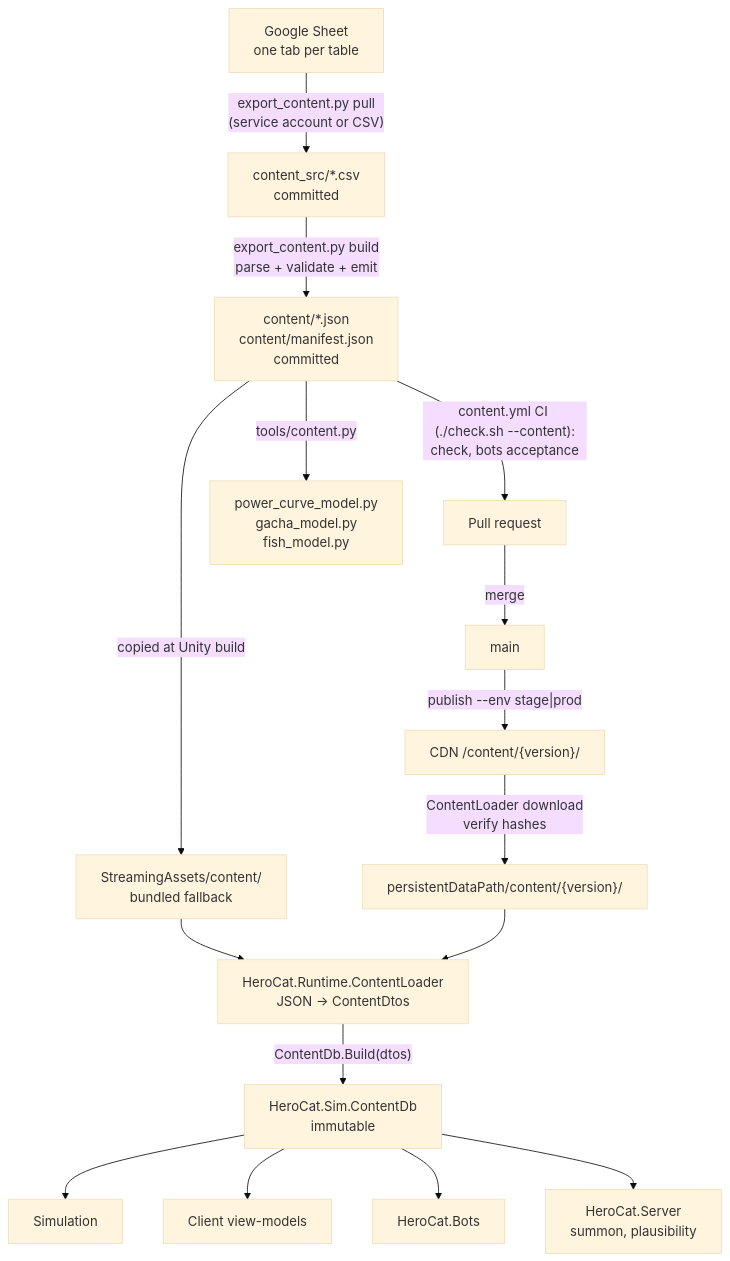
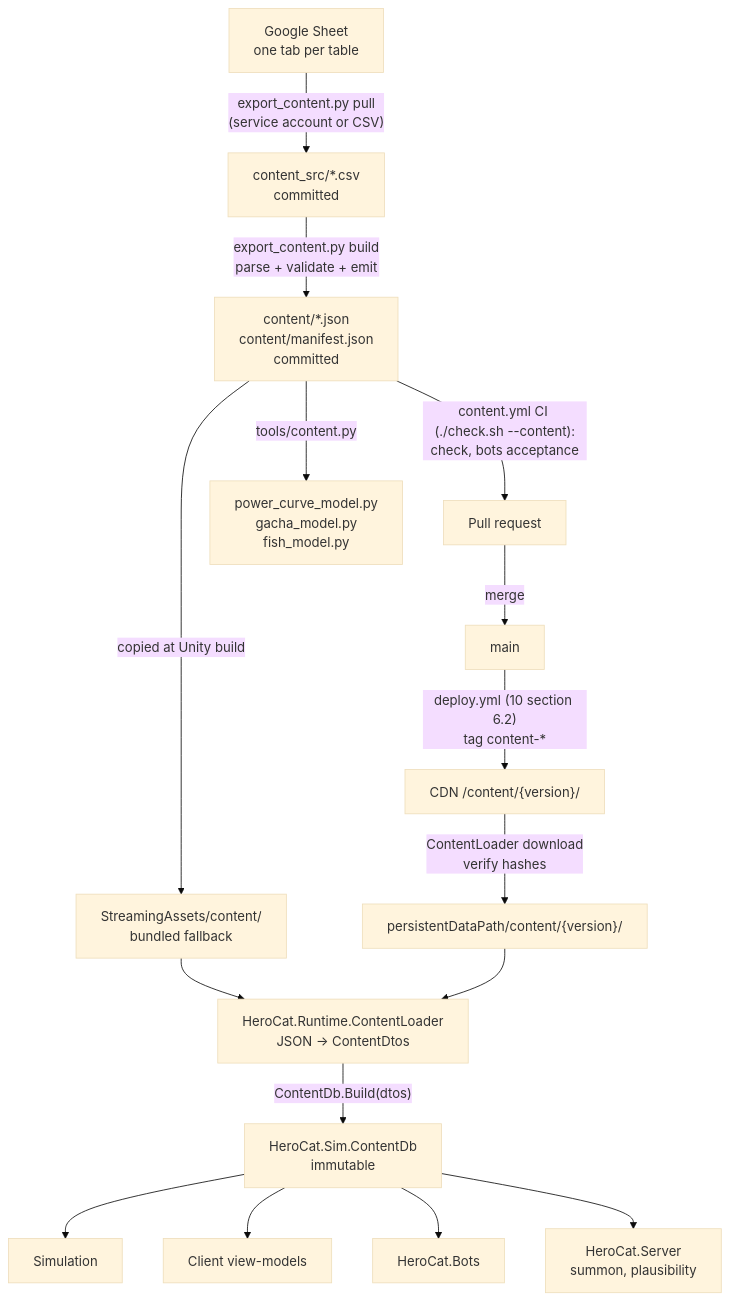
One commit to kjew2/herocat changed the first of 2 diagrams in specs/09-content-data-pipeline.md. Above: the diagram before and after it, drawn with Mermaid (base theme). The commit also changed other lines of this file and 10 other files, not shown here.

````diff
--- a/specs/09-content-data-pipeline.md
+++ b/specs/09-content-data-pipeline.md
@@ -20,18 +20,18 @@
 ```mermaid
 flowchart TD
     Sheet["Google Sheet<br/>one tab per table"] -->|"export_content.py pull<br/>(service account or CSV)"| CSV["content_src/*.csv<br/>committed"]
     CSV -->|"export_content.py build<br/>parse + validate + emit"| JSON["content/*.json<br/>content/manifest.json<br/>committed"]
     JSON -->|"content.yml CI (./check.sh --content):<br/>check, bots acceptance"| PR["Pull request"]
     PR -->|"merge"| Main["main"]
-    Main -->|"publish --env stage|prod"| CDN["CDN /content/{version}/"]
+    Main -->|"deploy.yml (10 section 6.2)<br/>tag content-*"| CDN["CDN /content/{version}/"]
     JSON -->|"copied at Unity build"| SA["StreamingAssets/content/<br/>bundled fallback"]
     CDN -->|"ContentLoader download<br/>verify hashes"| Cache["persistentDataPath/content/{version}/"]
     SA --> Loader["HeroCat.Runtime.ContentLoader<br/>JSON -> ContentDtos"]
     Cache --> Loader
     Loader -->|"ContentDb.Build(dtos)"| DB["HeroCat.Sim.ContentDb<br/>immutable"]
     DB --> Sim["Simulation"]
     DB --> VM["Client view-models"]
     DB --> Bots["HeroCat.Bots"]
     DB --> Server["HeroCat.Server<br/>summon, plausibility"]
     JSON -->|"tools/content.py"| Py["power_curve_model.py<br/>gacha_model.py<br/>fish_model.py"]
 ```
````
